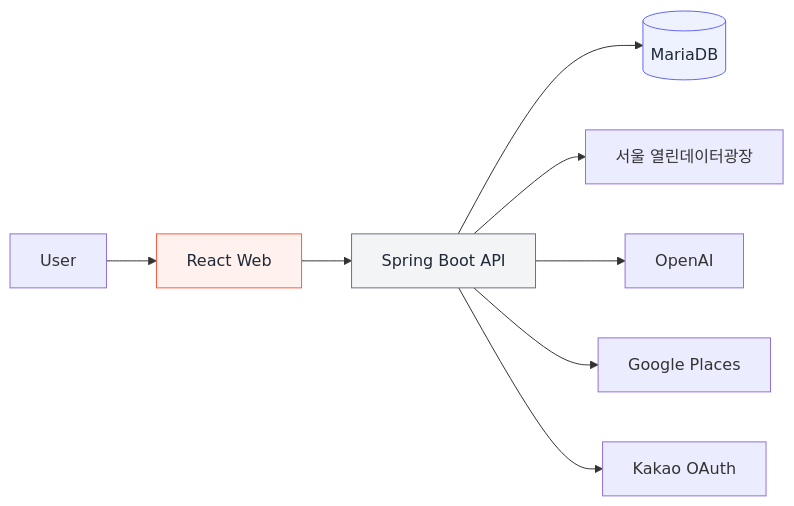
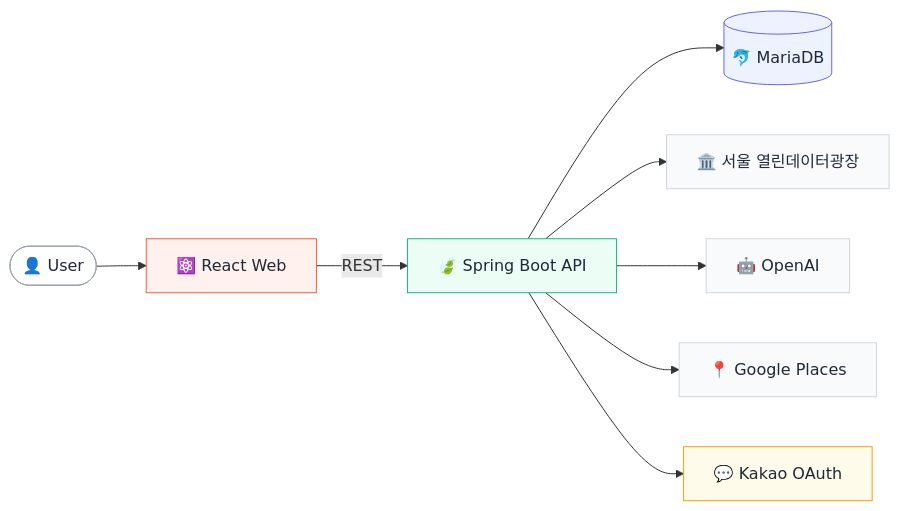
One commit to CultureMate/.github changed the diagram in profile/README.md. Above: the diagram before and after it, drawn with Mermaid. The commit also changed other lines of this file, not shown here.

````diff
--- a/profile/README.md
+++ b/profile/README.md
@@ -62,14 +105,19 @@
 ```mermaid
 flowchart LR
-    U[User] --> F[React Web]
-    F --> B[Spring Boot API]
-    B --> D[(MariaDB)]
-    B --> S[서울 열린데이터광장]
-    B --> O[OpenAI]
-    B --> G[Google Places]
-    B --> K[Kakao OAuth]
+    U([👤 User]) --> F[⚛️ React Web]
+    F -->|REST| B[🍃 Spring Boot API]
+    B --> D[(🐬 MariaDB)]
+    B --> S[🏛️ 서울 열린데이터광장]
+    B --> O[🤖 OpenAI]
+    B --> G[📍 Google Places]
+    B --> K[💬 Kakao OAuth]
 
+    style U fill:#ffffff,stroke:#9ca3af,color:#1f2937
     style F fill:#fff1ed,stroke:#ff5a3c,color:#1f2937
-    style B fill:#f3f4f6,stroke:#6b7280,color:#1f2937
+    style B fill:#ecfdf5,stroke:#10b981,color:#1f2937
     style D fill:#eef2ff,stroke:#6366f1,color:#1f2937
+    style S fill:#f9fafb,stroke:#d1d5db,color:#1f2937
+    style O fill:#f9fafb,stroke:#d1d5db,color:#1f2937
+    style G fill:#f9fafb,stroke:#d1d5db,color:#1f2937
+    style K fill:#fffbeb,stroke:#f59e0b,color:#1f2937
 ```
````
